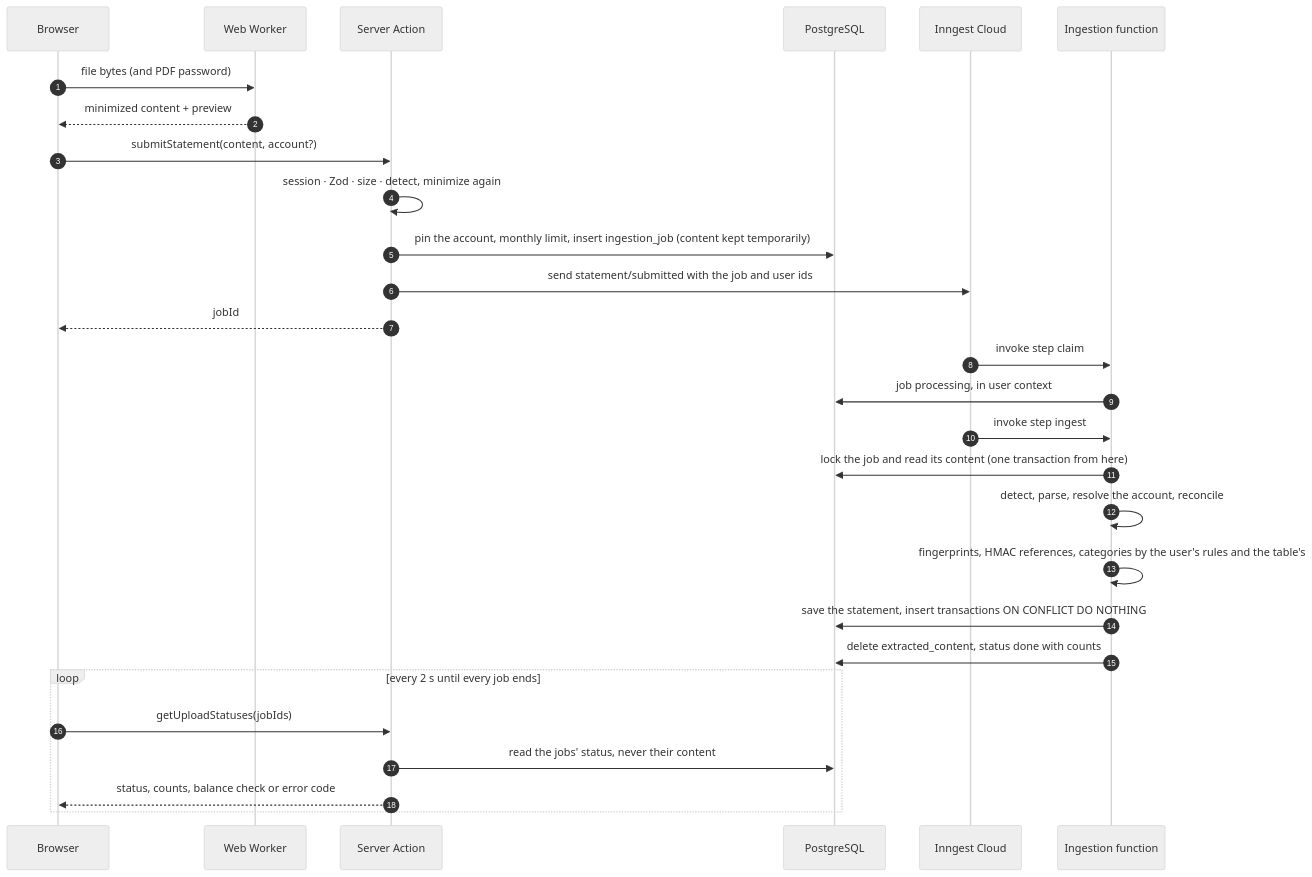
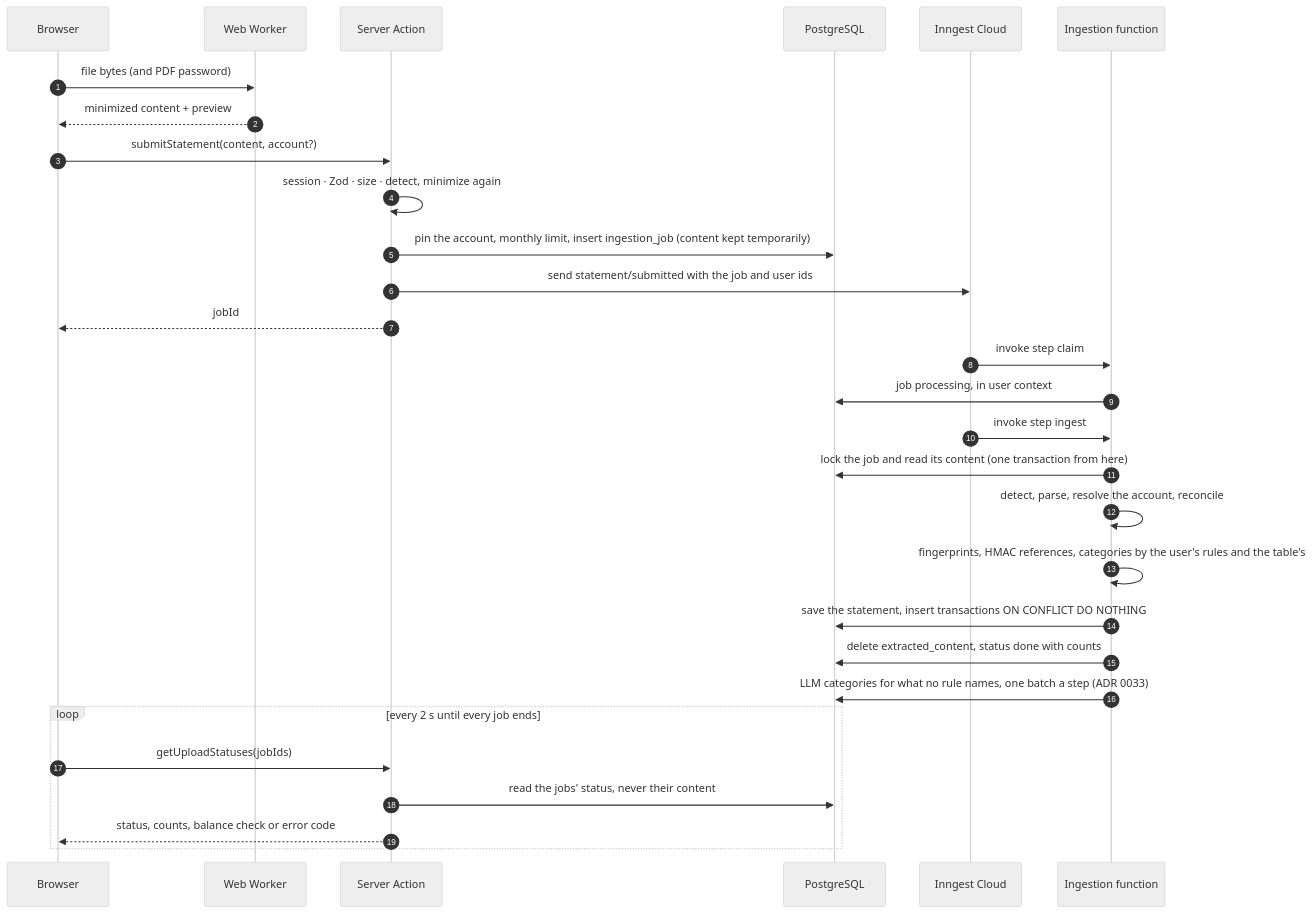
Before and after one commit to ingcarlostello/xtrakto: the second of 7 diagrams in docs/ARCHITECTURE.md, drawn with Mermaid (neutral theme). The commit also changed other lines of this file and 18 other files, not shown here.

````diff
--- a/docs/ARCHITECTURE.md
+++ b/docs/ARCHITECTURE.md
@@ -98,30 +98,31 @@
 ```mermaid
 sequenceDiagram
     autonumber
     participant B as Browser
     participant W as Web Worker
     participant S as Server Action
     participant DB as PostgreSQL
     participant I as Inngest Cloud
     participant F as Ingestion function
     B->>W: file bytes (and PDF password)
     W-->>B: minimized content + preview
     B->>S: submitStatement(content, account?)
     S->>S: session · Zod · size · detect, minimize again
     S->>DB: pin the account, monthly limit, insert ingestion_job (content kept temporarily)
     S->>I: send statement/submitted with the job and user ids
     S-->>B: jobId
     I->>F: invoke step claim
     F->>DB: job processing, in user context
     I->>F: invoke step ingest
     F->>DB: lock the job and read its content (one transaction from here)
     F->>F: detect, parse, resolve the account, reconcile
     F->>F: fingerprints, HMAC references, categories by the user's rules and the table's
     F->>DB: save the statement, insert transactions ON CONFLICT DO NOTHING
     F->>DB: delete extracted_content, status done with counts
+    F->>DB: LLM categories for what no rule names, one batch a step (ADR 0033)
     loop every 2 s until every job ends
         B->>S: getUploadStatuses(jobIds)
         S->>DB: read the jobs' status, never their content
         S-->>B: status, counts, balance check or error code
     end
 ```
````
